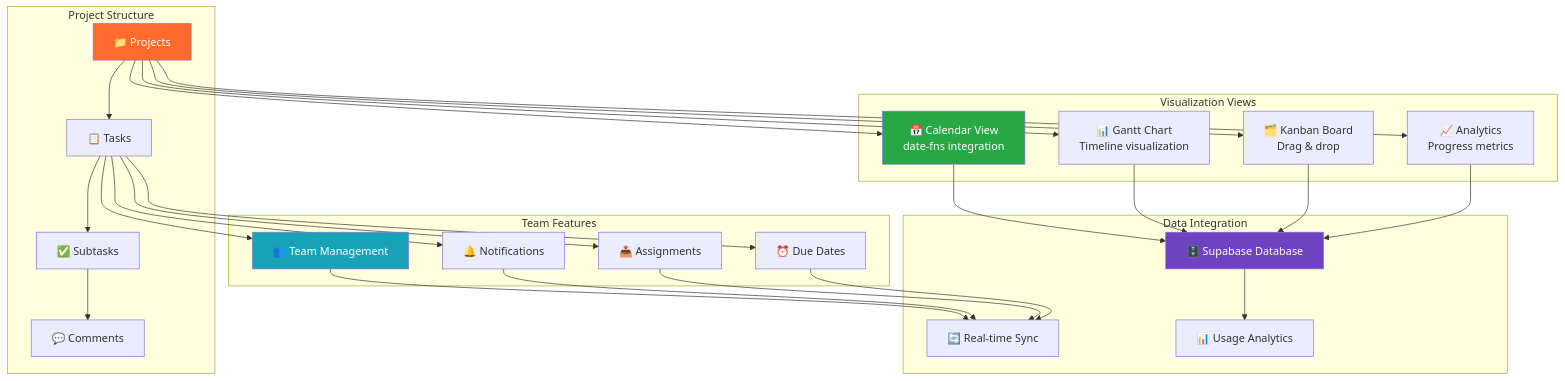
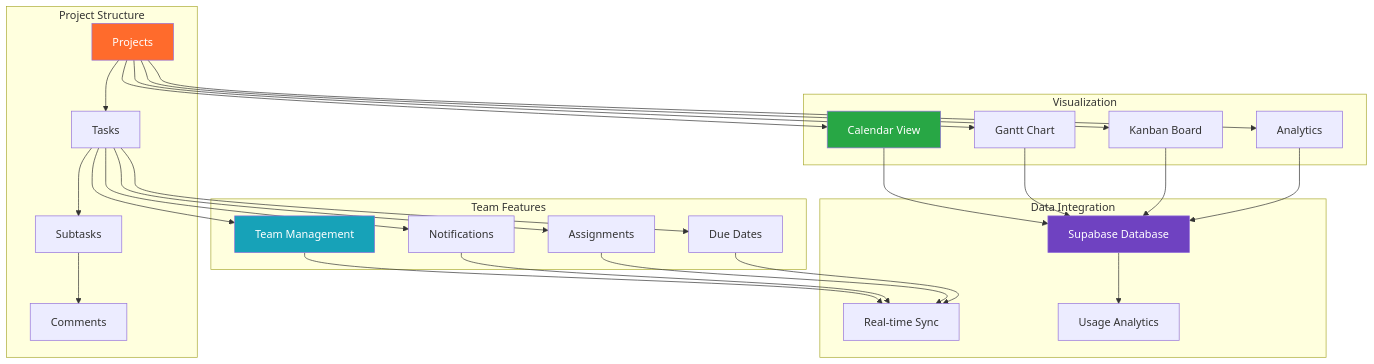
The fourth of 8 diagrams in README.md (Kedhareswer/thesisflow-ai), drawn with Mermaid before and after one commit. The commit also changed other lines of this file, not shown here.

````diff
--- a/README.md
+++ b/README.md
@@ -264,39 +247,39 @@
 ```mermaid
 flowchart TB
     subgraph "Project Structure"
-        A["📁 Projects"] --> B["📋 Tasks"]
-        B --> C["✅ Subtasks"]
-        C --> D["💬 Comments"]
+        A[Projects] --> B[Tasks]
+        B --> C[Subtasks]
+        C --> D[Comments]
     end
     
-    subgraph "Visualization Views"
-        E["📅 Calendar View<br/>date-fns integration"]
-        F["📊 Gantt Chart<br/>Timeline visualization"]
-        G["🗂️ Kanban Board<br/>Drag & drop"]
-        H["📈 Analytics<br/>Progress metrics"]
+    subgraph "Visualization"
+        E[Calendar View]
+        F[Gantt Chart]
+        G[Kanban Board]
+        H[Analytics]
     end
     
     subgraph "Team Features"
-        I["👥 Team Management"]
-        J["🔔 Notifications"]
-        K["📤 Assignments"]
-        L["⏰ Due Dates"]
+        I[Team Management]
+        J[Notifications]
+        K[Assignments]
+        L[Due Dates]
     end
     
     subgraph "Data Integration"
-        M["🗄️ Supabase Database"]
-        N["🔄 Real-time Sync"]
-        O["📊 Usage Analytics"]
+        M[Supabase Database]
+        N[Real-time Sync]
+        O[Usage Analytics]
     end
     
     A --> E & F & G & H
     B --> I & J & K & L
     E & F & G & H --> M
     I & J & K & L --> N
     M --> O
     
     style A fill:#FF6B2C,color:#fff
     style E fill:#28a745,color:#fff
     style I fill:#17a2b8,color:#fff
     style M fill:#6f42c1,color:#fff
 ```
````
